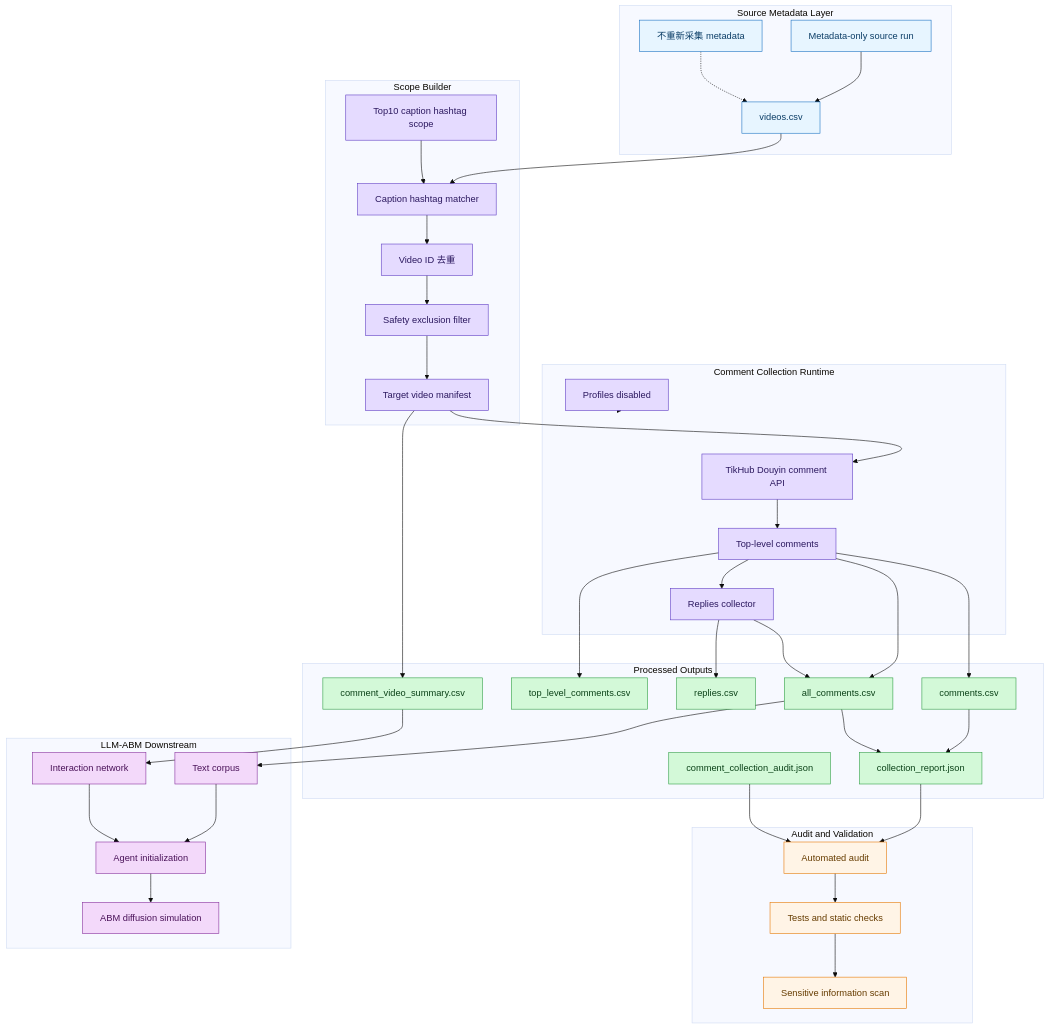
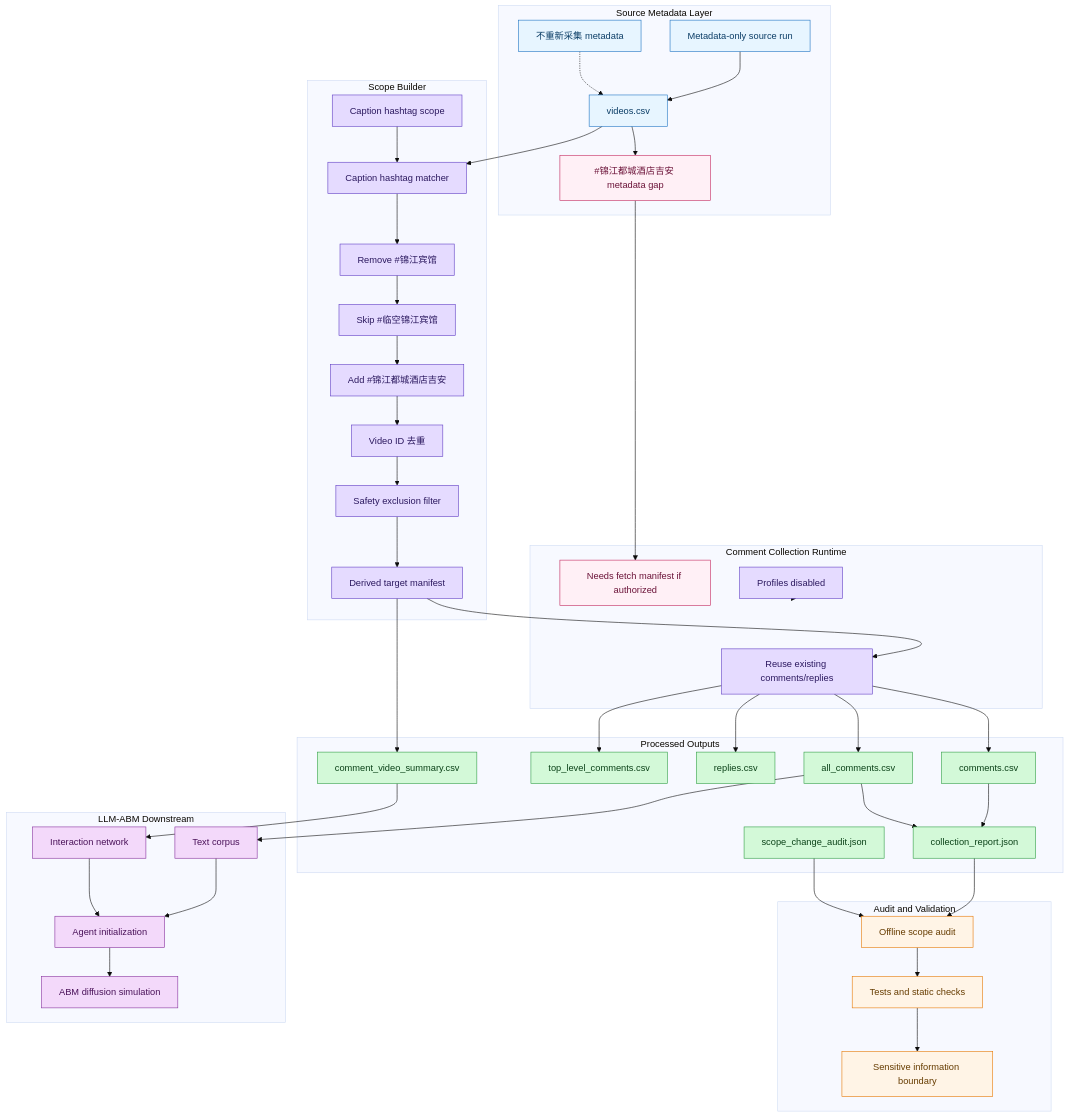
The first of 4 diagrams in docs/05-周报/2026-06-20-锦江酒店Douyin评论与回复数据集构建及LLM-ABM研究支撑.md (liu-qingyuan/llm-abm-marketing-sim), drawn with Mermaid (base theme) before and after one commit. The commit also changed other lines of this file and 2 other files, not shown here.

First line of the commit message:
Refine Jinjiang Douyin scope around brand-owned hotel tags

```diff
--- a/docs/05-周报/2026-06-20-锦江酒店Douyin评论与回复数据集构建及LLM-ABM研究支撑.md
+++ b/docs/05-周报/2026-06-20-锦江酒店Douyin评论与回复数据集构建及LLM-ABM研究支撑.md
@@ -78,20 +107,23 @@
         sourceRun["Metadata-only source run"]
         sourceVideos["videos.csv"]
         noMetadataRedo["不重新采集 metadata"]
+        top12Gap["#锦江都城酒店吉安 metadata gap"]
     end
 
     subgraph scope["Scope Builder"]
-        tagStats["Top10 caption hashtag scope"]
+        tagStats["Caption hashtag scope"]
         matcher["Caption hashtag matcher"]
+        removeBinguan["Remove #锦江宾馆"]
+        skipLinkong["Skip #临空锦江宾馆"]
+        addJian["Add #锦江都城酒店吉安"]
         dedupe["Video ID 去重"]
         safetyFilter["Safety exclusion filter"]
-        targetManifest["Target video manifest"]
+        targetManifest["Derived target manifest"]
     end
 
     subgraph collection["Comment Collection Runtime"]
-        commentApi["TikHub Douyin comment API"]
-        topComments["Top-level comments"]
-        repliesCollector["Replies collector"]
+        oldComments["Reuse existing comments/replies"]
+        needsFetch["Needs fetch manifest if authorized"]
         profilesDisabled["Profiles disabled"]
     end
 
@@ -102,13 +134,13 @@
         allCsv["all_comments.csv"]
         summaryCsv["comment_video_summary.csv"]
         reportJson["collection_report.json"]
-        auditJson["comment_collection_audit.json"]
+        auditJson["scope_change_audit.json"]
     end
 
     subgraph validation["Audit and Validation"]
-        audit["Automated audit"]
+        audit["Offline scope audit"]
         tests["Tests and static checks"]
-        secretScan["Sensitive information scan"]
+        secretScan["Sensitive information boundary"]
     end
 
     subgraph downstream["LLM-ABM Downstream"]
@@ -121,20 +153,22 @@
     sourceRun --> sourceVideos
     noMetadataRedo -.-> sourceVideos
     sourceVideos --> matcher
+    sourceVideos --> top12Gap
     tagStats --> matcher
-    matcher --> dedupe
+    matcher --> removeBinguan
+    removeBinguan --> skipLinkong
+    skipLinkong --> addJian
+    addJian --> dedupe
     dedupe --> safetyFilter
     safetyFilter --> targetManifest
-    targetManifest --> commentApi
-    commentApi --> topComments
-    topComments --> repliesCollector
+    targetManifest --> oldComments
+    top12Gap --> needsFetch
+    oldComments --> topCsv
+    oldComments --> repliesCsv
+    oldComments --> commentsCsv
+    oldComments --> allCsv
+    targetManifest --> summaryCsv
     profilesDisabled -.-> collection
-    topComments --> commentsCsv
-    repliesCollector --> repliesCsv
-    topComments --> topCsv
-    topComments --> allCsv
-    repliesCollector --> allCsv
-    targetManifest --> summaryCsv
     commentsCsv --> reportJson
     allCsv --> reportJson
     reportJson --> audit
@@ -152,9 +186,11 @@
     classDef outputClass fill:#d3f9d8,stroke:#2f9e44,color:#0b4218
     classDef validationClass fill:#fff4e6,stroke:#e67700,color:#663c00
     classDef futureClass fill:#f3d9fa,stroke:#862e9c,color:#4a1259
+    classDef gapClass fill:#fff0f6,stroke:#c2255c,color:#6b1238
 
     class sourceRun,sourceVideos,noMetadataRedo sourceClass
-    class tagStats,matcher,dedupe,safetyFilter,targetManifest,commentApi,topComments,repliesCollector,profilesDisabled processClass
+    class tagStats,matcher,removeBinguan,skipLinkong,addJian,dedupe,safetyFilter,targetManifest,oldComments,profilesDisabled processClass
+    class top12Gap,needsFetch gapClass
     class commentsCsv,topCsv,repliesCsv,allCsv,summaryCsv,reportJson,auditJson outputClass
     class audit,tests,secretScan validationClass
     class textCorpus,interactionNetwork,agentInit,abmSimulation futureClass
```
